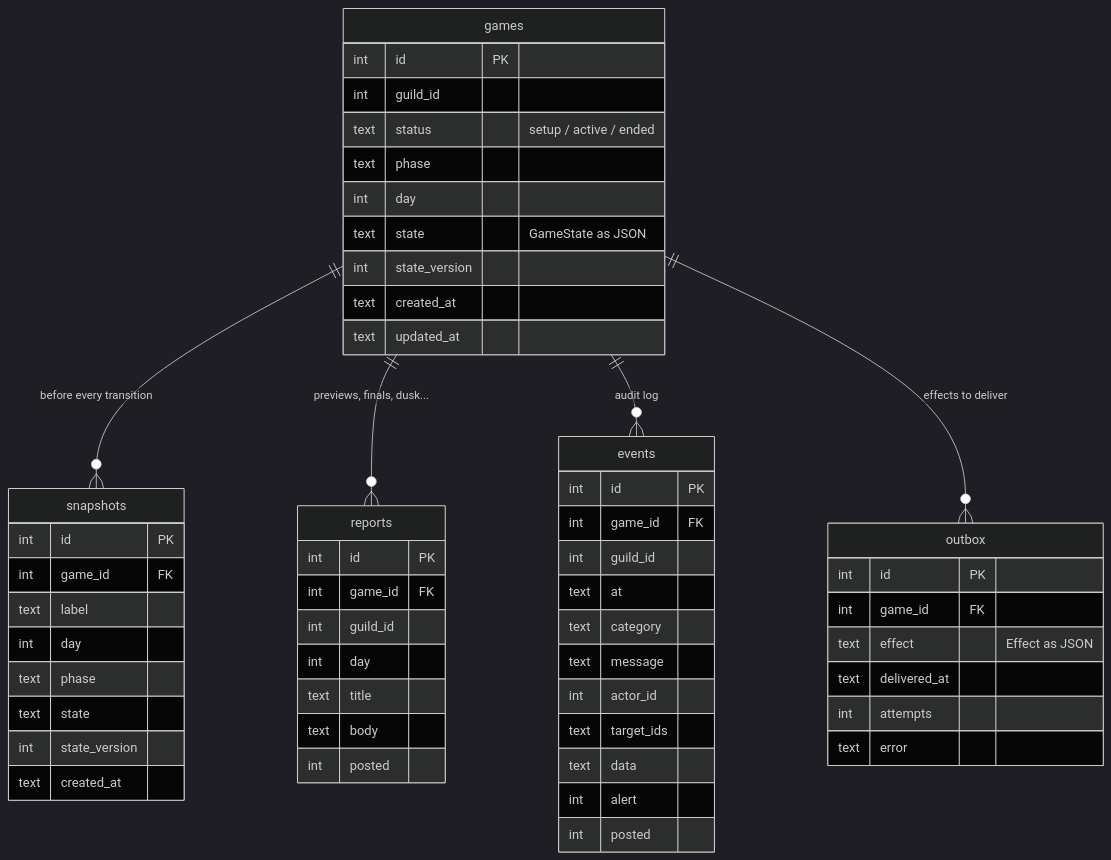
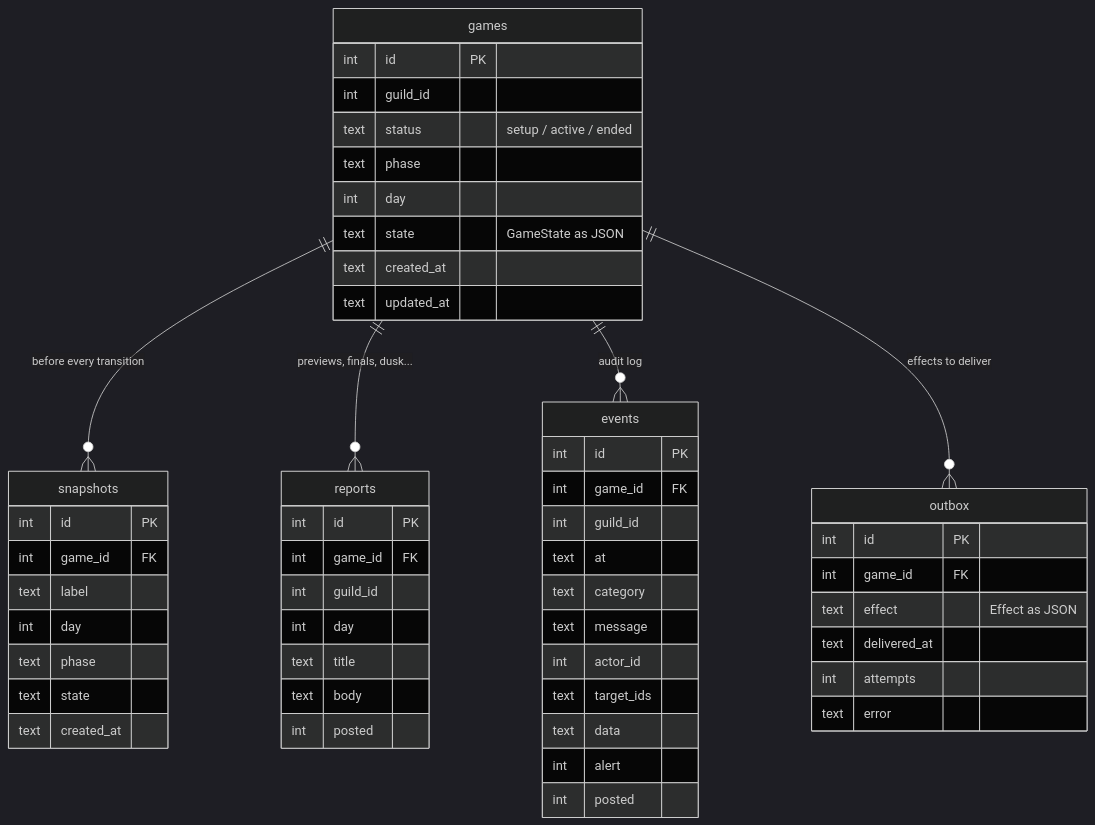
The third of 6 diagrams in Docs/Developer guide - architecture and data.md (Mad-Scientist-Guild/Werewolves-bot), drawn with Mermaid (dark theme) before and after one commit. The commit also changed other lines of this file and 72 other files, not shown here.

````diff
--- a/Docs/Developer guide - architecture and data.md
+++ b/Docs/Developer guide - architecture and data.md
@@ -210,58 +202,56 @@
 ```mermaid
 erDiagram
     games ||--o{ snapshots : "before every transition"
     games ||--o{ reports : "previews, finals, dusk..."
     games ||--o{ events : "audit log"
     games ||--o{ outbox : "effects to deliver"
     games {
         int id PK
         int guild_id
         text status "setup / active / ended"
         text phase
         int day
         text state "GameState as JSON"
-        int state_version
         text created_at
         text updated_at
     }
     snapshots {
         int id PK
         int game_id FK
         text label
         int day
         text phase
         text state
-        int state_version
         text created_at
     }
     reports {
         int id PK
         int game_id FK
         int guild_id
         int day
         text title
         text body
         int posted
     }
     events {
         int id PK
         int game_id FK
         int guild_id
         text at
         text category
         text message
         int actor_id
         text target_ids
         text data
         int alert
         int posted
     }
     outbox {
         int id PK
         int game_id FK
         text effect "Effect as JSON"
         text delivered_at
         int attempts
         text error
     }
 ```
````
